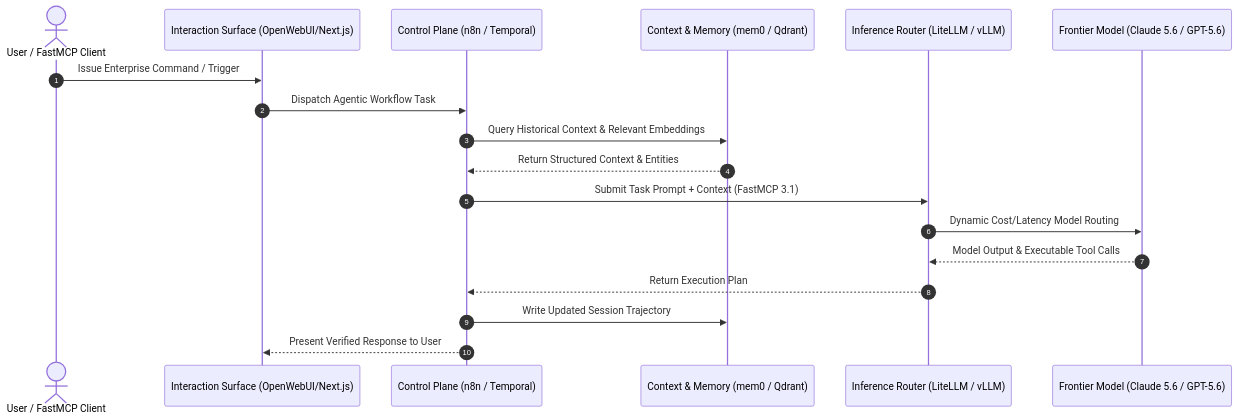
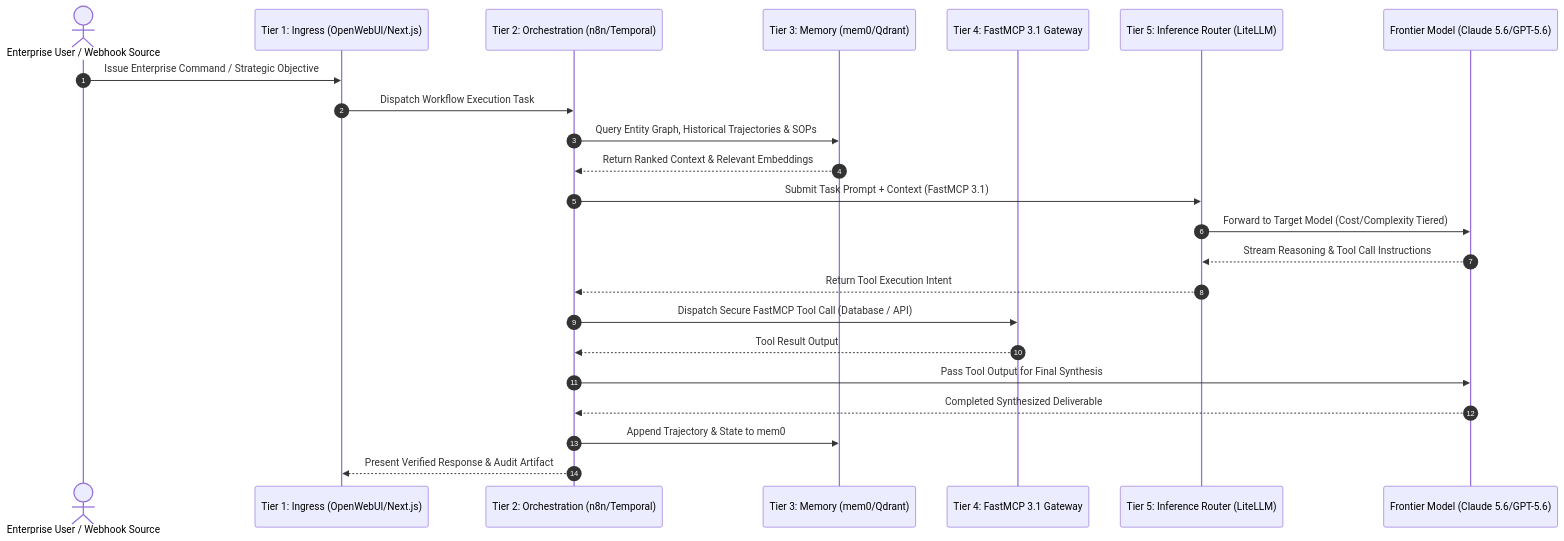
Before and after one commit to joanmarcriera/Home-office-automations: the diagram in docs/knowledge_base/ai_company_starter_stack.md, drawn with Mermaid. The commit also changed other lines of this file and 5 other files, not shown here.

````diff
--- a/docs/knowledge_base/ai_company_starter_stack.md
+++ b/docs/knowledge_base/ai_company_starter_stack.md
@@ -39,21 +45,26 @@
 ```mermaid
 sequenceDiagram
     autonumber
-    actor User as User / FastMCP Client
-    participant Web as Interaction Surface (OpenWebUI/Next.js)
-    participant Orchestrator as Control Plane (n8n / Temporal)
-    participant Memory as Context & Memory (mem0 / Qdrant)
-    participant Router as Inference Router (LiteLLM / vLLM)
-    participant LLM as Frontier Model (Claude 5.6 / GPT-5.6)
+    actor User as Enterprise User / Webhook Source
+    participant Web as Tier 1: Ingress (OpenWebUI/Next.js)
+    participant Orchestrator as Tier 2: Orchestration (n8n/Temporal)
+    participant Memory as Tier 3: Memory (mem0/Qdrant)
+    participant Tools as Tier 4: FastMCP 3.1 Gateway
+    participant Router as Tier 5: Inference Router (LiteLLM)
+    participant LLM as Frontier Model (Claude 5.6/GPT-5.6)
 
-    User->>Web: Issue Enterprise Command / Trigger
-    Web->>Orchestrator: Dispatch Agentic Workflow Task
-    Orchestrator->>Memory: Query Historical Context & Relevant Embeddings
-    Memory-->>Orchestrator: Return Structured Context & Entities
+    User->>Web: Issue Enterprise Command / Strategic Objective
+    Web->>Orchestrator: Dispatch Workflow Execution Task
+    Orchestrator->>Memory: Query Entity Graph, Historical Trajectories & SOPs
+    Memory-->>Orchestrator: Return Ranked Context & Relevant Embeddings
     Orchestrator->>Router: Submit Task Prompt + Context (FastMCP 3.1)
-    Router->>LLM: Dynamic Cost/Latency Model Routing
-    LLM-->>Router: Model Output & Executable Tool Calls
-    Router-->>Orchestrator: Return Execution Plan
-    Orchestrator->>Memory: Write Updated Session Trajectory
-    Orchestrator-->>Web: Present Verified Response to User
+    Router->>LLM: Forward to Target Model (Cost/Complexity Tiered)
+    LLM-->>Router: Stream Reasoning & Tool Call Instructions
+    Router-->>Orchestrator: Return Tool Execution Intent
+    Orchestrator->>Tools: Dispatch Secure FastMCP Tool Call (Database / API)
+    Tools-->>Orchestrator: Tool Result Output
+    Orchestrator->>LLM: Pass Tool Output for Final Synthesis
+    LLM-->>Orchestrator: Completed Synthesized Deliverable
+    Orchestrator->>Memory: Append Trajectory & State to mem0
+    Orchestrator-->>Web: Present Verified Response & Audit Artifact
 ```
````
